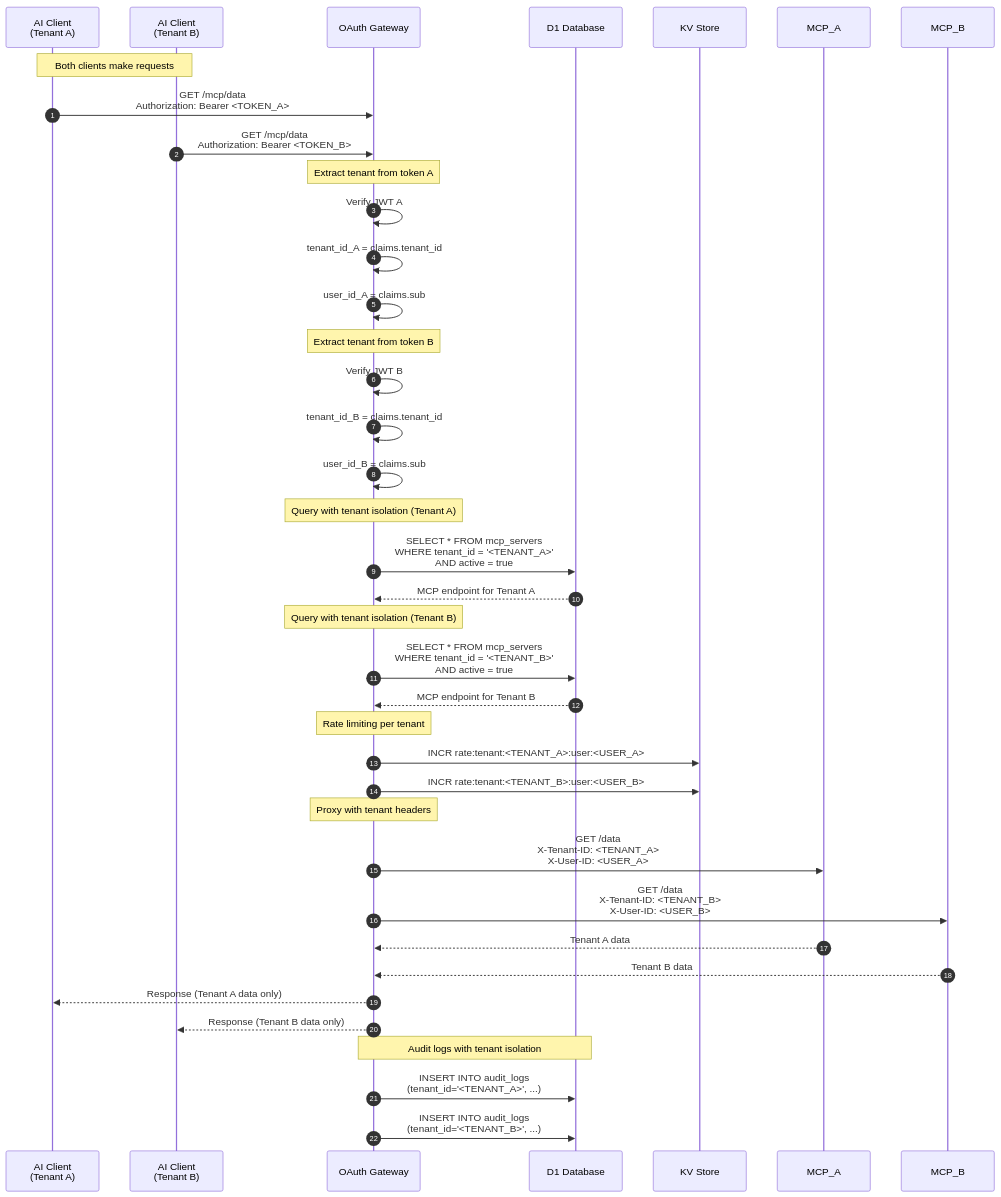
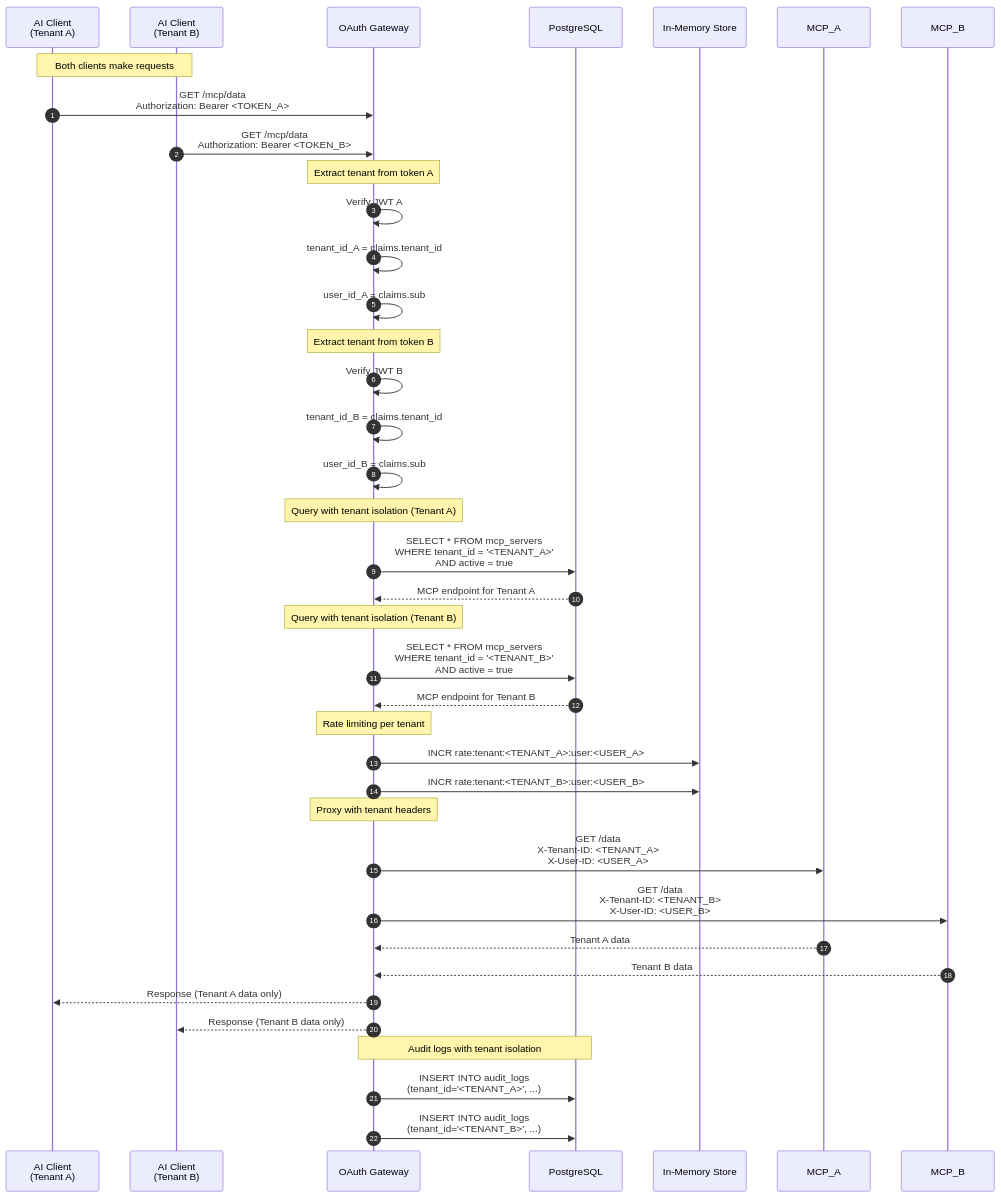
One commit to TevBenji/OAuth-2.1-MCP-Gateway changed the fifth of 8 diagrams in docs/architecture/flows.md. Above: the diagram before and after it, drawn with Mermaid. The commit also changed other lines of this file and 75 other files, not shown here.

````diff
--- a/docs/architecture/flows.md
+++ b/docs/architecture/flows.md
@@ -330,50 +332,50 @@
 ```mermaid
 sequenceDiagram
     autonumber
     participant AI1 as AI Client<br/>(Tenant A)
     participant AI2 as AI Client<br/>(Tenant B)
     participant Gateway as OAuth Gateway
-    participant D1 as D1 Database
-    participant KV as KV Store
+    participant DB as PostgreSQL
+    participant Mem as In-Memory Store
 
     Note over AI1,AI2: Both clients make requests
 
     AI1->>Gateway: GET /mcp/data<br/>Authorization: Bearer <TOKEN_A>
     AI2->>Gateway: GET /mcp/data<br/>Authorization: Bearer <TOKEN_B>
 
     Note over Gateway: Extract tenant from token A
     Gateway->>Gateway: Verify JWT A
     Gateway->>Gateway: tenant_id_A = claims.tenant_id
     Gateway->>Gateway: user_id_A = claims.sub
 
     Note over Gateway: Extract tenant from token B
     Gateway->>Gateway: Verify JWT B
     Gateway->>Gateway: tenant_id_B = claims.tenant_id
     Gateway->>Gateway: user_id_B = claims.sub
 
     Note over Gateway: Query with tenant isolation (Tenant A)
-    Gateway->>D1: SELECT * FROM mcp_servers<br/>WHERE tenant_id = '<TENANT_A>'<br/>AND active = true
-    D1-->>Gateway: MCP endpoint for Tenant A
+    Gateway->>DB: SELECT * FROM mcp_servers<br/>WHERE tenant_id = '<TENANT_A>'<br/>AND active = true
+    DB-->>Gateway: MCP endpoint for Tenant A
 
     Note over Gateway: Query with tenant isolation (Tenant B)
-    Gateway->>D1: SELECT * FROM mcp_servers<br/>WHERE tenant_id = '<TENANT_B>'<br/>AND active = true
-    D1-->>Gateway: MCP endpoint for Tenant B
+    Gateway->>DB: SELECT * FROM mcp_servers<br/>WHERE tenant_id = '<TENANT_B>'<br/>AND active = true
+    DB-->>Gateway: MCP endpoint for Tenant B
 
     Note over Gateway: Rate limiting per tenant
-    Gateway->>KV: INCR rate:tenant:<TENANT_A>:user:<USER_A>
-    Gateway->>KV: INCR rate:tenant:<TENANT_B>:user:<USER_B>
+    Gateway->>Mem: INCR rate:tenant:<TENANT_A>:user:<USER_A>
+    Gateway->>Mem: INCR rate:tenant:<TENANT_B>:user:<USER_B>
 
     Note over Gateway: Proxy with tenant headers
     Gateway->>MCP_A: GET /data<br/>X-Tenant-ID: <TENANT_A><br/>X-User-ID: <USER_A>
     Gateway->>MCP_B: GET /data<br/>X-Tenant-ID: <TENANT_B><br/>X-User-ID: <USER_B>
 
     MCP_A-->>Gateway: Tenant A data
     MCP_B-->>Gateway: Tenant B data
 
     Gateway-->>AI1: Response (Tenant A data only)
     Gateway-->>AI2: Response (Tenant B data only)
 
-    Note over Gateway,D1: Audit logs with tenant isolation
-    Gateway->>D1: INSERT INTO audit_logs<br/>(tenant_id='<TENANT_A>', ...)
-    Gateway->>D1: INSERT INTO audit_logs<br/>(tenant_id='<TENANT_B>', ...)
+    Note over Gateway,DB: Audit logs with tenant isolation
+    Gateway->>DB: INSERT INTO audit_logs<br/>(tenant_id='<TENANT_A>', ...)
+    Gateway->>DB: INSERT INTO audit_logs<br/>(tenant_id='<TENANT_B>', ...)
 ```
````
